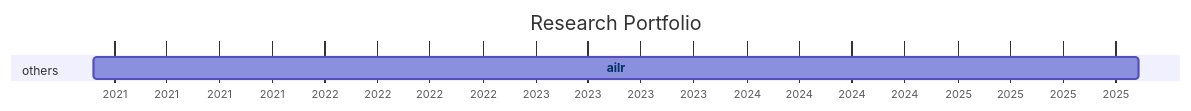
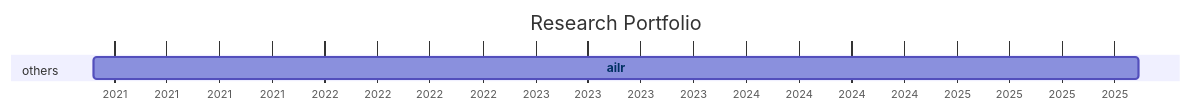
The diagram in docs/20-research/25-projects-gantt.md (digital-work-lab/handbook), drawn with Mermaid before and after one commit.

Commit message:
Update repository overview

````diff
--- a/docs/20-research/25-projects-gantt.md
+++ b/docs/20-research/25-projects-gantt.md
@@ -8,21 +8,21 @@
 ```mermaid
 ---
 displayMode: compact
 ---
 gantt
 title Research Portfolio
 dateFormat YYYY-MM-DD
 axisFormat %Y
 
     section work_practices
 
     section distributed_organizing
 
     section knowledge_synthesis
 
     section others
-        ailr :ailr, 2020-11-26, 2025-11-10
+        ailr :ailr, 2020-11-26, 2025-11-11
 
 
     click ailr href "{{ site.baseurl }}/docs/10-lab/18-resources/ailr.html"
 ```
````
